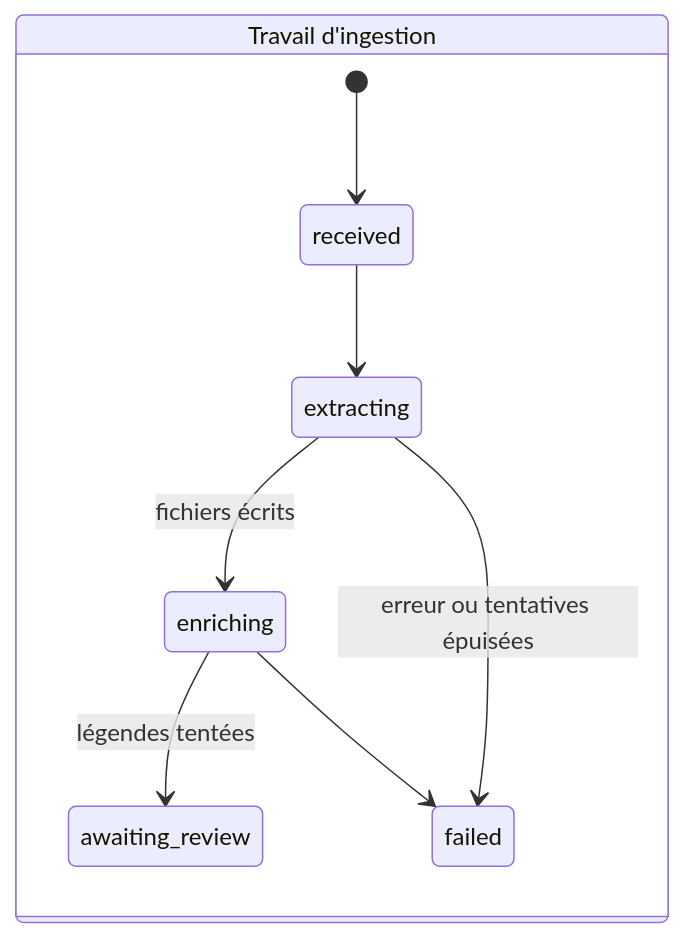
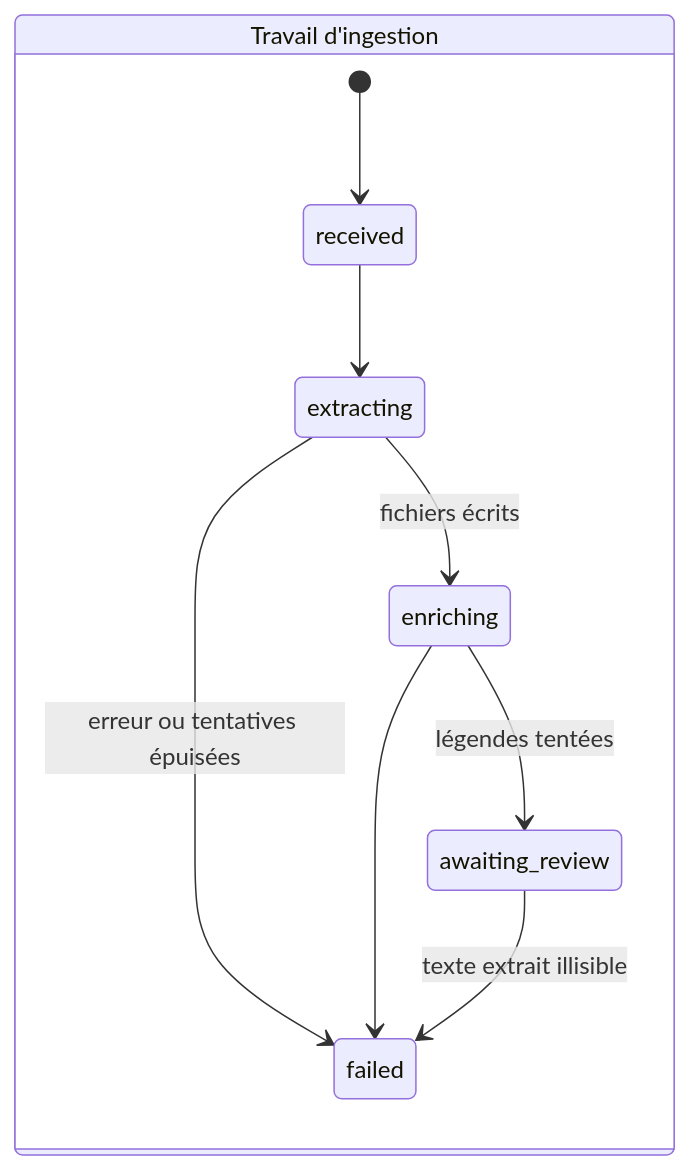
Before and after one commit to theopaolo/thot: the first of 7 diagrams in docs/architecture.md, drawn with Mermaid. The commit also changed other lines of this file and 8 other files, not shown here.

````diff
--- a/docs/architecture.md
+++ b/docs/architecture.md
@@ -601,12 +613,13 @@
 ```mermaid
 stateDiagram-v2
   direction LR
   state "Travail d'ingestion" as Job {
     [*] --> received
     received --> extracting
     extracting --> enriching: fichiers écrits
     enriching --> awaiting_review: légendes tentées
     extracting --> failed: erreur ou tentatives épuisées
     enriching --> failed
+    awaiting_review --> failed: texte extrait illisible
   }
 ```
````
